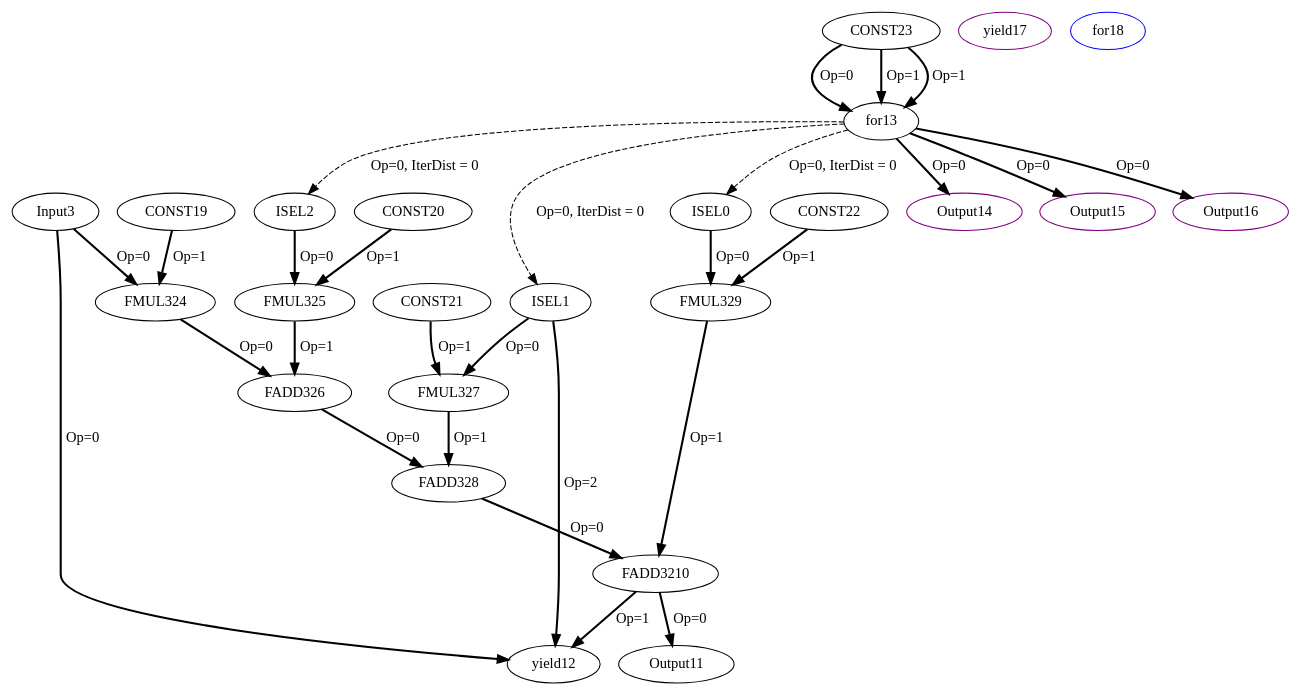
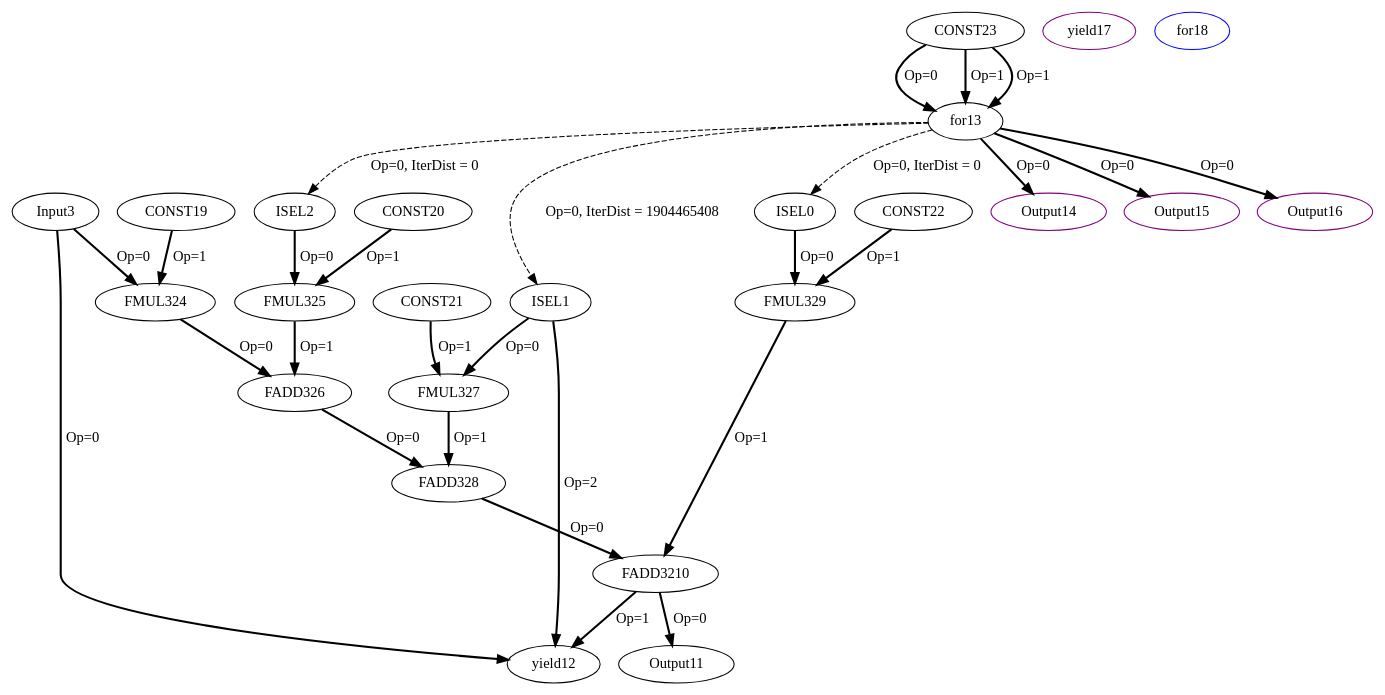
The diagram in experiment/Cbenchmarks/Polybench/medley/deriche/deriche_mini/IR/tempfiles/kernel_deriche_0_0_CDFG.dot (MIONkb/adora-compiler), drawn with Graphviz before and after one commit. The commit also changed 29 other files, not shown here.

```diff
--- a/experiment/Cbenchmarks/Polybench/medley/deriche/deriche_mini/IR/tempfiles/kernel_deriche_0_0_CDFG.dot
+++ b/experiment/Cbenchmarks/Polybench/medley/deriche/deriche_mini/IR/tempfiles/kernel_deriche_0_0_CDFG.dot
@@ -1,53 +1,53 @@
 Digraph G {
 ISEL0[opcode = "ISEL", color = black];
 ISEL1[opcode = "ISEL", color = black];
 ISEL2[opcode = "ISEL", color = black];
 Input3[opcode = "Input", ref_name="kernel_deriche_0_0", size="8192", offset="0,0", pattern="4,64,4,32", color = black];
 FMUL324[opcode = "FMUL32", color = black];
 FMUL325[opcode = "FMUL32", color = black];
 FADD326[opcode = "FADD32", color = black];
 FMUL327[opcode = "FMUL32", color = black];
 FADD328[opcode = "FADD32", color = black];
 FMUL329[opcode = "FMUL32", color = black];
 FADD3210[opcode = "FADD32", color = black];
 Output11[opcode = "Output", ref_name="kernel_deriche_0_1", size="8192", offset="0,0", pattern="4,64,4,32", color = black];
 yield12[opcode = "yield", color = black];
 for13[opcode = "for", color = black];
 Output14[opcode = "Output", ref_name="kernel_deriche_0_3", size="8", offset="0,0", pattern="0,64,0,32", color = purple];
 Output15[opcode = "Output", ref_name="kernel_deriche_0_4", size="8", offset="0,0", pattern="0,64,0,32", color = purple];
 Output16[opcode = "Output", ref_name="kernel_deriche_0_2", size="8", offset="0,0", pattern="0,64,0,32", color = purple];
 yield17[opcode = "yield", color = purple];
 for18[opcode = "for", color = blue];
 CONST19[opcode = "CONST", value="0xBE4135C4", color = black];
 CONST20[opcode = "CONST", value="0x3DE1B54C", color = black];
 CONST21[opcode = "CONST", value="0x3F5744FD", color = black];
 CONST22[opcode = "CONST", value="0xBF1B4598", color = black];
 CONST23[opcode = "CONST", value="0x00000000", color = black];
 for13 -> ISEL0[color = black, style = dashed, operand = 0, iterdist = 0, label = "Op=0, IterDist = 0"];
-for13 -> ISEL1[color = black, style = dashed, operand = 0, iterdist = 0, label = "Op=0, IterDist = 0"];
+for13 -> ISEL1[color = black, style = dashed, operand = 0, iterdist = 1904465408, label = "Op=0, IterDist = 1904465408"];
 for13 -> ISEL2[color = black, style = dashed, operand = 0, iterdist = 0, label = "Op=0, IterDist = 0"];
 Input3 -> FMUL324[color = black, style = bold, operand = 0, label = "Op=0"];
 CONST19 -> FMUL324[color = black, style = bold, operand = 1, label = "Op=1"];
 ISEL2 -> FMUL325[color = black, style = bold, operand = 0, label = "Op=0"];
 CONST20 -> FMUL325[color = black, style = bold, operand = 1, label = "Op=1"];
 FMUL324 -> FADD326[color = black, style = bold, operand = 0, label = "Op=0"];
 FMUL325 -> FADD326[color = black, style = bold, operand = 1, label = "Op=1"];
 ISEL1 -> FMUL327[color = black, style = bold, operand = 0, label = "Op=0"];
 CONST21 -> FMUL327[color = black, style = bold, operand = 1, label = "Op=1"];
 FADD326 -> FADD328[color = black, style = bold, operand = 0, label = "Op=0"];
 FMUL327 -> FADD328[color = black, style = bold, operand = 1, label = "Op=1"];
 ISEL0 -> FMUL329[color = black, style = bold, operand = 0, label = "Op=0"];
 CONST22 -> FMUL329[color = black, style = bold, operand = 1, label = "Op=1"];
 FADD328 -> FADD3210[color = black, style = bold, operand = 0, label = "Op=0"];
 FMUL329 -> FADD3210[color = black, style = bold, operand = 1, label = "Op=1"];
 FADD3210 -> Output11[color = black, style = bold, operand = 0, label = "Op=0"];
 Input3 -> yield12[color = black, style = bold, operand = 0, label = "Op=0"];
 FADD3210 -> yield12[color = black, style = bold, operand = 1, label = "Op=1"];
 ISEL1 -> yield12[color = black, style = bold, operand = 2, label = "Op=2"];
 CONST23 -> for13[color = black, style = bold, operand = 0, label = "Op=0"];
 CONST23 -> for13[color = black, style = bold, operand = 1, label = "Op=1"];
 CONST23 -> for13[color = black, style = bold, operand = 1, label = "Op=1"];
 for13 -> Output14[color = black, style = bold, operand = 0, label = "Op=0"];
 for13 -> Output15[color = black, style = bold, operand = 0, label = "Op=0"];
 for13 -> Output16[color = black, style = bold, operand = 0, label = "Op=0"];
 }
```
